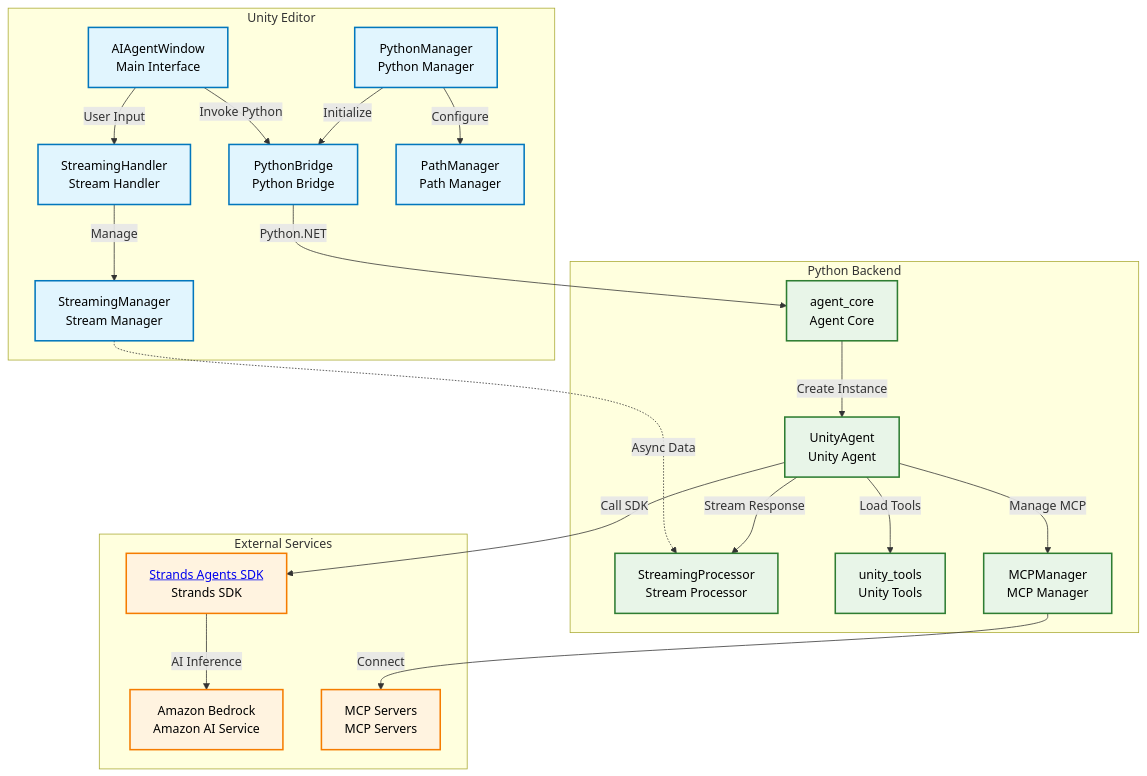
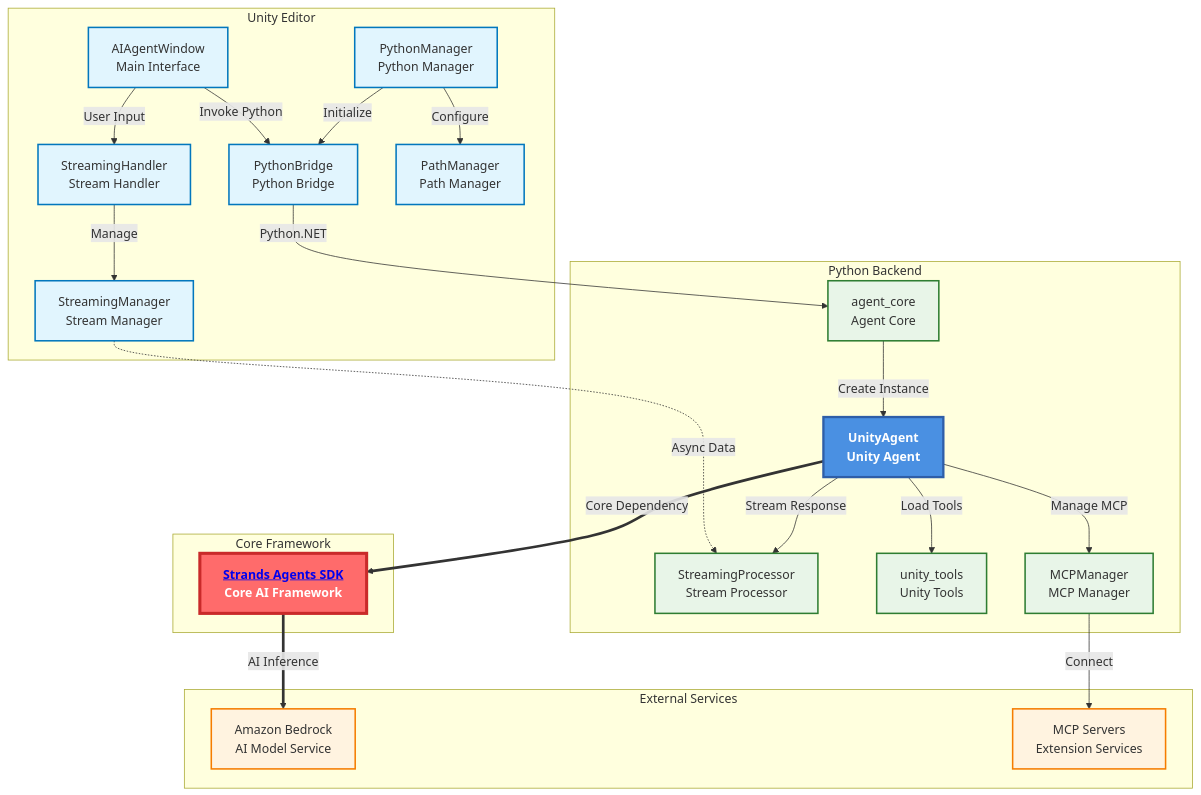
One commit to ddpie/unity-strands-agent changed the second of 2 diagrams in README.md. Above: the diagram before and after it, drawn with Mermaid. The commit also changed other lines of this file, not shown here.

````diff
--- a/README.md
+++ b/README.md
@@ -178,48 +231,55 @@
 ```mermaid
 graph TD
     subgraph "Unity Editor"
         UI[AIAgentWindow<br/>Main Interface]
         SH[StreamingHandler<br/>Stream Handler]
         SM[StreamingManager<br/>Stream Manager]
         PB[PythonBridge<br/>Python Bridge]
         PM[PythonManager<br/>Python Manager]
         PATH[PathManager<br/>Path Manager]
     end
     
     subgraph "Python Backend"
         AC[agent_core<br/>Agent Core]
         UA[UnityAgent<br/>Unity Agent]
         SP[StreamingProcessor<br/>Stream Processor]
         UT[unity_tools<br/>Unity Tools]
         MM[MCPManager<br/>MCP Manager]
     end
     
+    subgraph "Core Framework"
+        SDK[<a href="https://strandsagents.com/latest/">Strands Agents SDK</a><br/>Core AI Framework]
+    end
+    
     subgraph "External Services"
-        SDK[<a href="https://strandsagents.com/latest/">Strands Agents SDK</a><br/>Strands SDK]
-        AWS[Amazon Bedrock<br/>Amazon AI Service]
-        MCP[MCP Servers<br/>MCP Servers]
+        AWS[Amazon Bedrock<br/>AI Model Service]
+        MCP[MCP Servers<br/>Extension Services]
     end
     
     UI -->|User Input| SH
     UI -->|Invoke Python| PB
     SH -->|Manage| SM
     SM -.->|Async Data| SP
     PM -->|Initialize| PB
     PM -->|Configure| PATH
     PB -->|Python.NET| AC
     AC -->|Create Instance| UA
+    UA ==>|Core Dependency| SDK
     UA -->|Stream Response| SP
     UA -->|Load Tools| UT
     UA -->|Manage MCP| MM
-    UA -->|Call SDK| SDK
-    SDK -->|AI Inference| AWS
+    SDK ==>|AI Inference| AWS
     MM -->|Connect| MCP
     
-    classDef unityStyle fill:#e1f5fe,stroke:#0277bd,stroke-width:2px,color:#000
-    classDef pythonStyle fill:#e8f5e8,stroke:#2e7d32,stroke-width:2px,color:#000
-    classDef externalStyle fill:#fff3e0,stroke:#f57c00,stroke-width:2px,color:#000
+    classDef unityStyle fill:#e1f5fe,stroke:#0277bd,stroke-width:2px
+    classDef pythonStyle fill:#e8f5e8,stroke:#2e7d32,stroke-width:2px
+    classDef agentStyle fill:#4a90e2,stroke:#2e5ea8,stroke-width:3px,color:#fff,font-weight:bold
+    classDef sdkStyle fill:#ff6b6b,stroke:#c92a2a,stroke-width:4px,color:#fff,font-weight:bold
+    classDef externalStyle fill:#fff3e0,stroke:#f57c00,stroke-width:2px
     
     class UI,SH,SM,PB,PM,PATH unityStyle
-    class AC,UA,SP,UT,MM pythonStyle
-    class SDK,AWS,MCP externalStyle
+    class AC,SP,UT,MM pythonStyle
+    class UA agentStyle
+    class SDK sdkStyle
+    class AWS,MCP externalStyle
 ```
````
